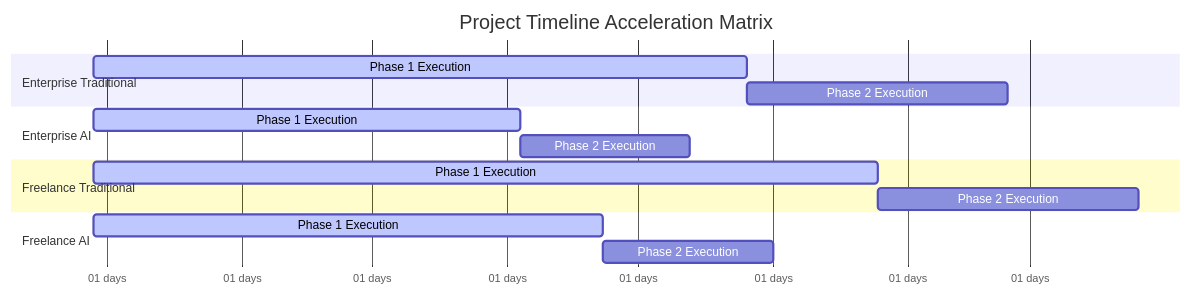
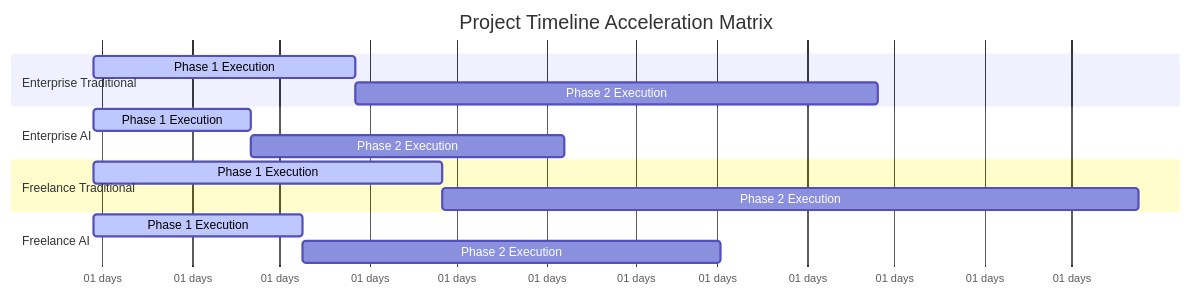
Before and after one commit to hainguyen81/ai-scraper: the second of 3 diagrams in sources/output/estimation/estimation.md, drawn with Mermaid. The commit also changed other lines of this file and 1 other file, not shown here.

````diff
--- a/sources/output/estimation/estimation.md
+++ b/sources/output/estimation/estimation.md
@@ -152,18 +171,18 @@
 ```mermaid
 gantt
 title Project Timeline Acceleration Matrix
 dateFormat YYYY-MM-DD
 axisFormat %d days
 section Enterprise Traditional
-Phase 1 Execution :active, ent_p1, 2026-07-29, 150d
-Phase 2 Execution :ent_p2, after ent_p1, 60d
+Phase 1 Execution :active, ent_p1, 2026-07-29, 90d
+Phase 2 Execution :ent_p2, after ent_p1, 180d
 section Enterprise AI
-Phase 1 Execution :active, ent_ai1, 2026-07-29, 98d
-Phase 2 Execution :ent_ai2, after ent_ai1, 39d
+Phase 1 Execution :active, ent_ai1, 2026-07-29, 54d
+Phase 2 Execution :ent_ai2, after ent_ai1, 108d
 section Freelance Traditional
-Phase 1 Execution :active, free_p1, 2026-07-29, 180d
-Phase 2 Execution :free_p2, after free_p1, 60d
+Phase 1 Execution :active, free_p1, 2026-07-29, 120d
+Phase 2 Execution :free_p2, after free_p1, 240d
 section Freelance AI
-Phase 1 Execution :active, free_ai1, 2026-07-29, 117d
-Phase 2 Execution :free_ai2, after free_ai1, 39d
+Phase 1 Execution :active, free_ai1, 2026-07-29, 72d
+Phase 2 Execution :free_ai2, after free_ai1, 144d
 ```
````
